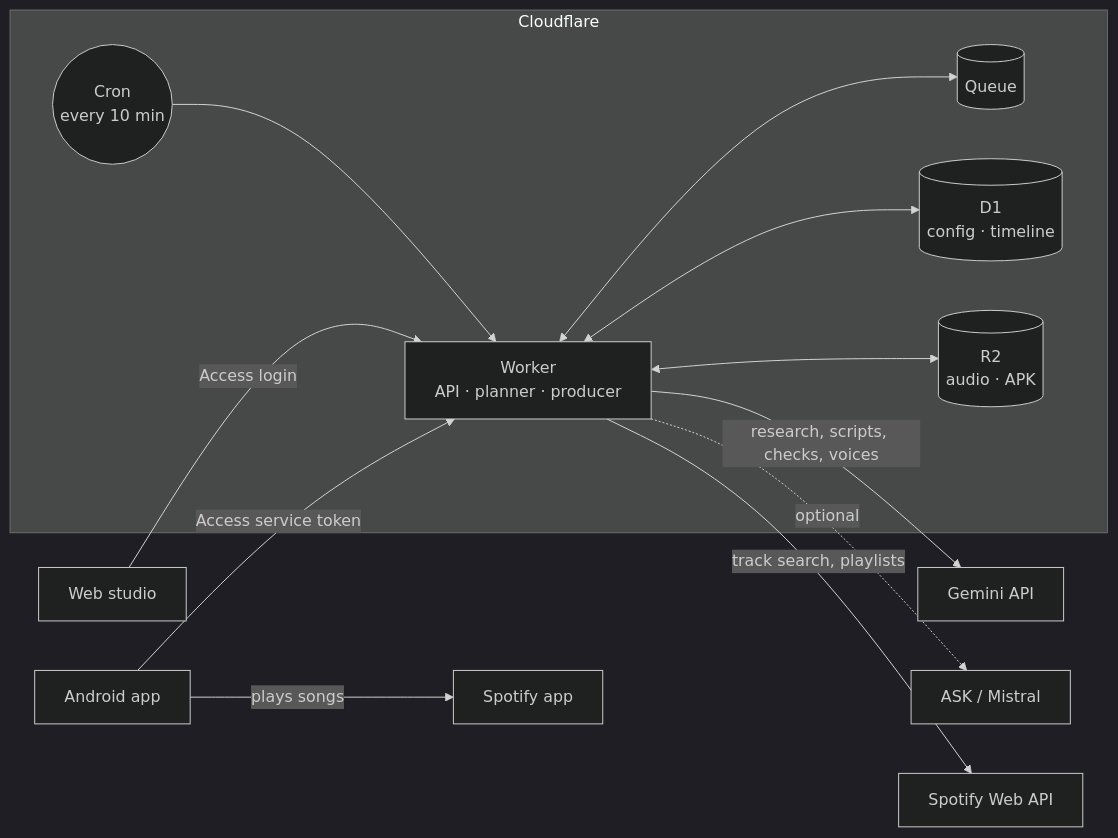
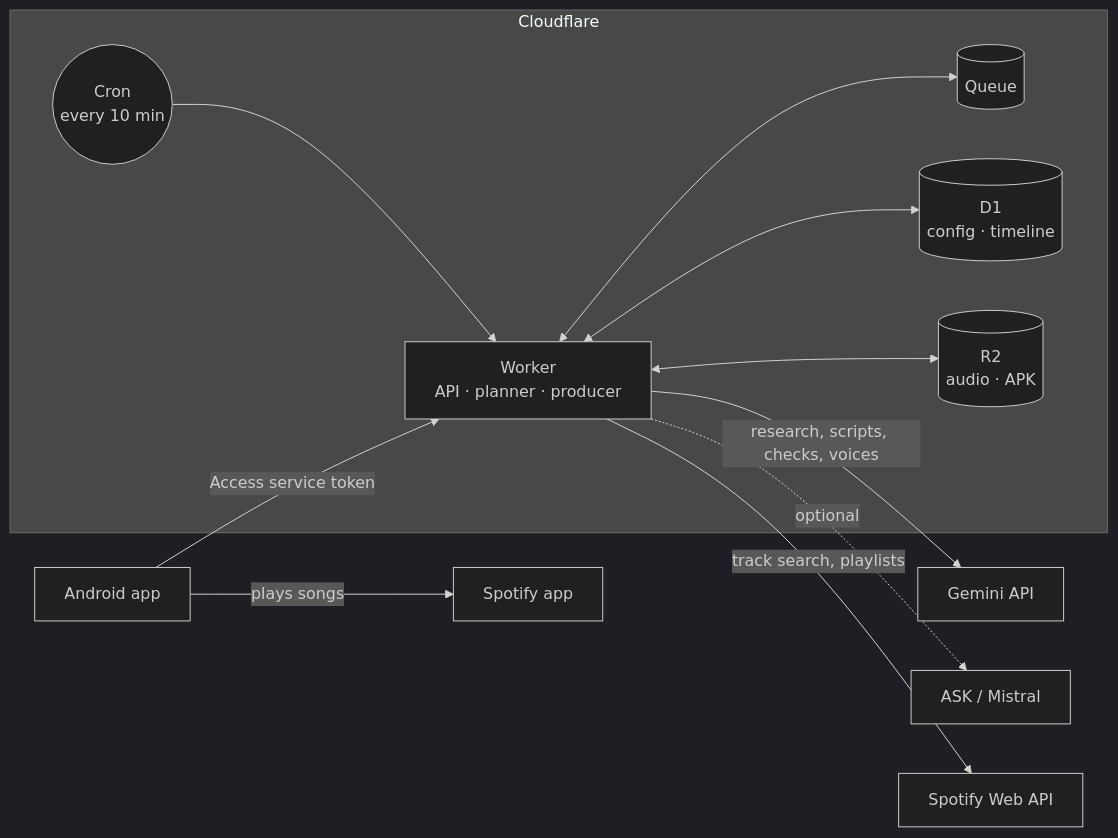
Before and after one commit to heimberg/personal-radio: the diagram in README.md, drawn with Mermaid (dark theme). The commit also changed other lines of this file and 54 other files, not shown here.

````diff
--- a/README.md
+++ b/README.md
@@ -44,16 +40,15 @@
 ```mermaid
 flowchart LR
   app[Android app] -- Access service token --> worker
-  browser[Web studio] -- Access login --> worker
   subgraph Cloudflare
     worker[Worker<br/>API · planner · producer]
     cron((Cron<br/>every 10 min)) --> worker
     worker <--> queue[(Queue)]
     worker <--> d1[(D1<br/>config · timeline)]
     worker <--> r2[(R2<br/>audio · APK)]
   end
   worker -- research, scripts, checks, voices --> gemini[Gemini API]
   worker -. optional .-> ask[ASK / Mistral]
   worker -- track search, playlists --> spotifyapi[Spotify Web API]
   app -- plays songs --> spotify[Spotify app]
 ```
````
